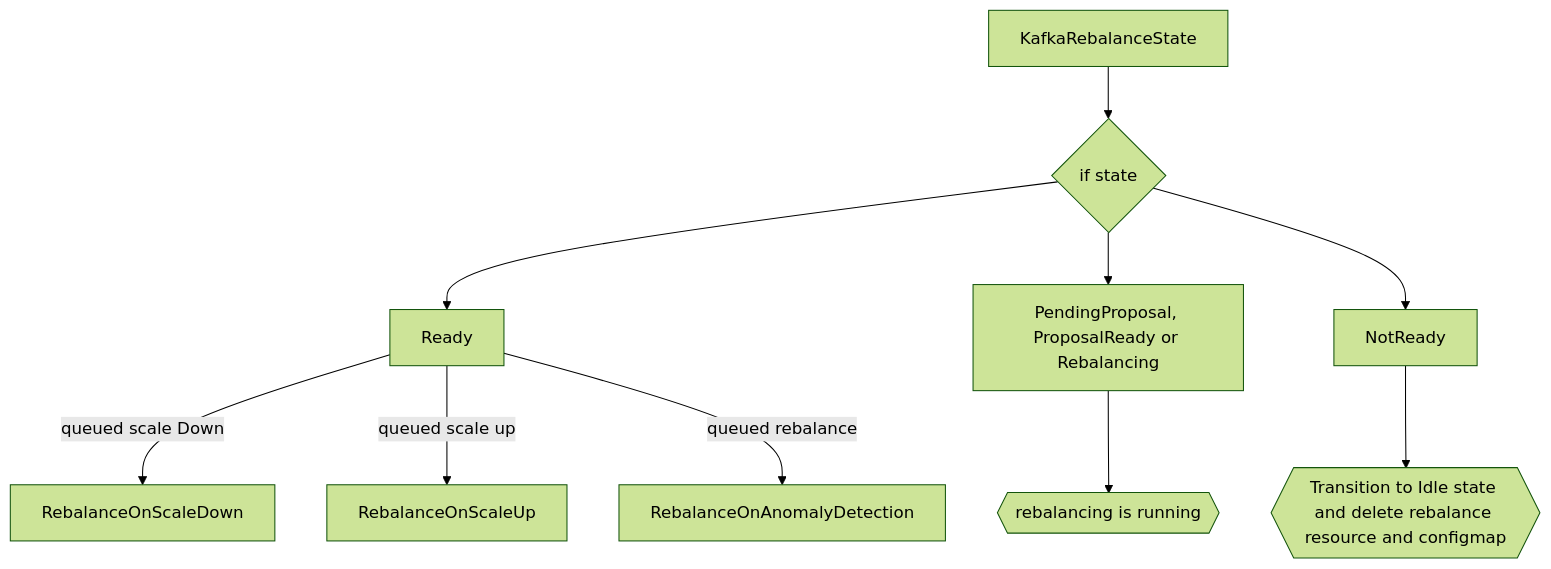
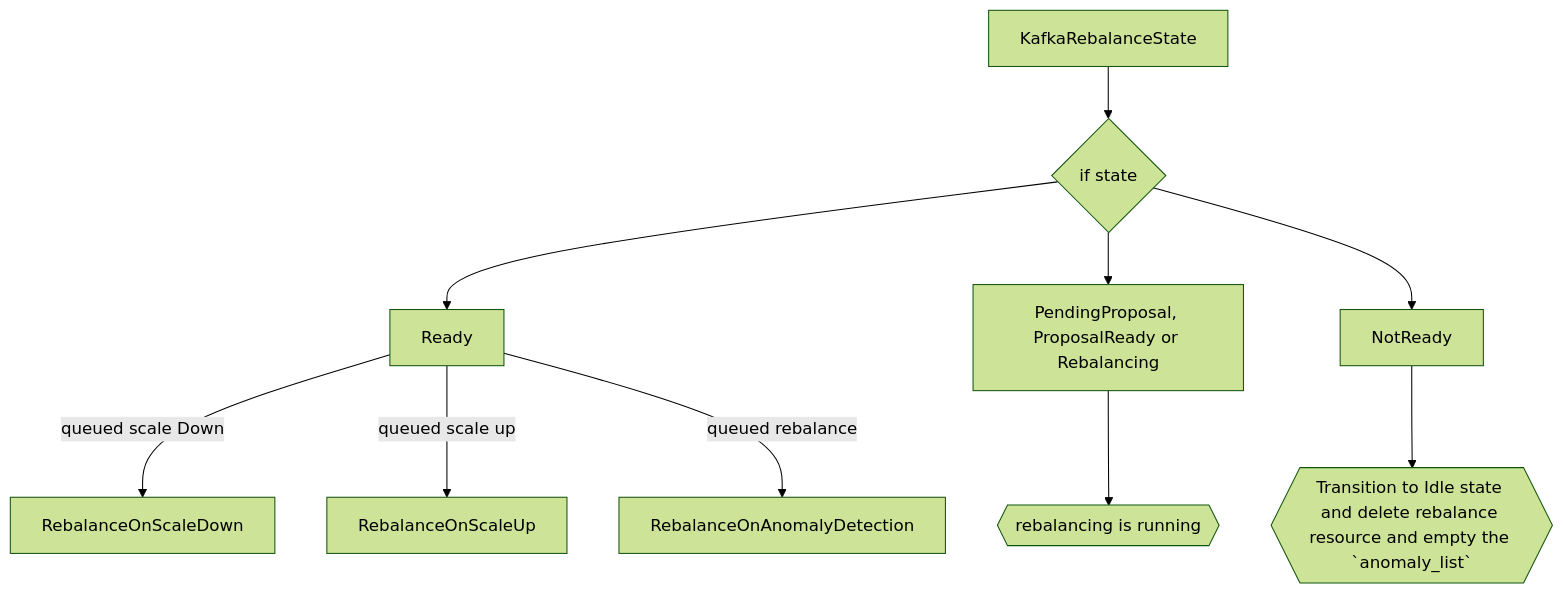
Before and after one commit to strimzi/proposals: the sixth of 6 diagrams in 106-auto-rebalance-on-imbalanced-clusters.md, drawn with Mermaid (forest theme). The commit also changed other lines of this file, not shown here.

````diff
--- a/106-auto-rebalance-on-imbalanced-clusters.md
+++ b/106-auto-rebalance-on-imbalanced-clusters.md
@@ -412,12 +420,12 @@
 ```mermaid
 flowchart TB
   A[KafkaRebalanceState] --> B{if state}
   B --> C[Ready]
   C -- queued scale Down --> D[RebalanceOnScaleDown]
   C -- queued scale up --> E[RebalanceOnScaleUp]
   C -- queued rebalance --> F[RebalanceOnAnomalyDetection]
   B --> G[PendingProposal, ProposalReady or Rebalancing]
   G --> H{{rebalancing is running}}
   B --> I[NotReady]
-  I --> J{{Transition to Idle state and delete rebalance resource and configmap}}
+  I --> J{{Transition to Idle state and delete rebalance resource and empty the `anomaly_list`}}
 ```
````
